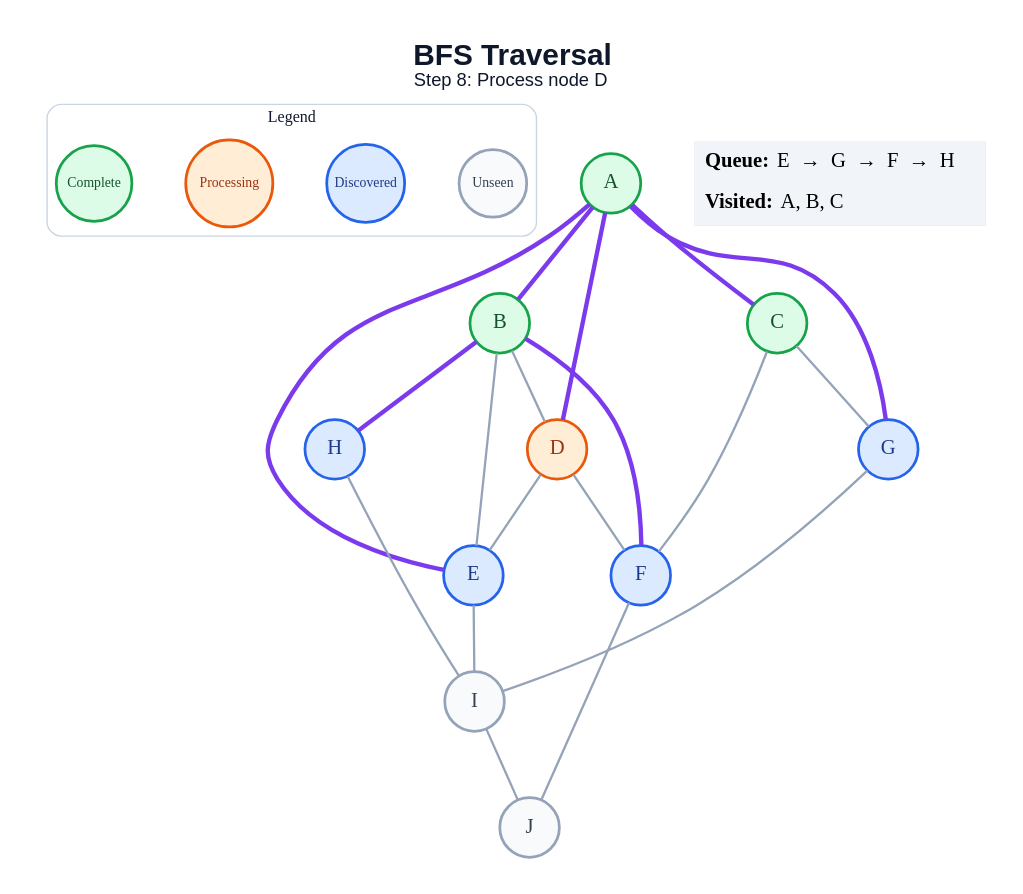
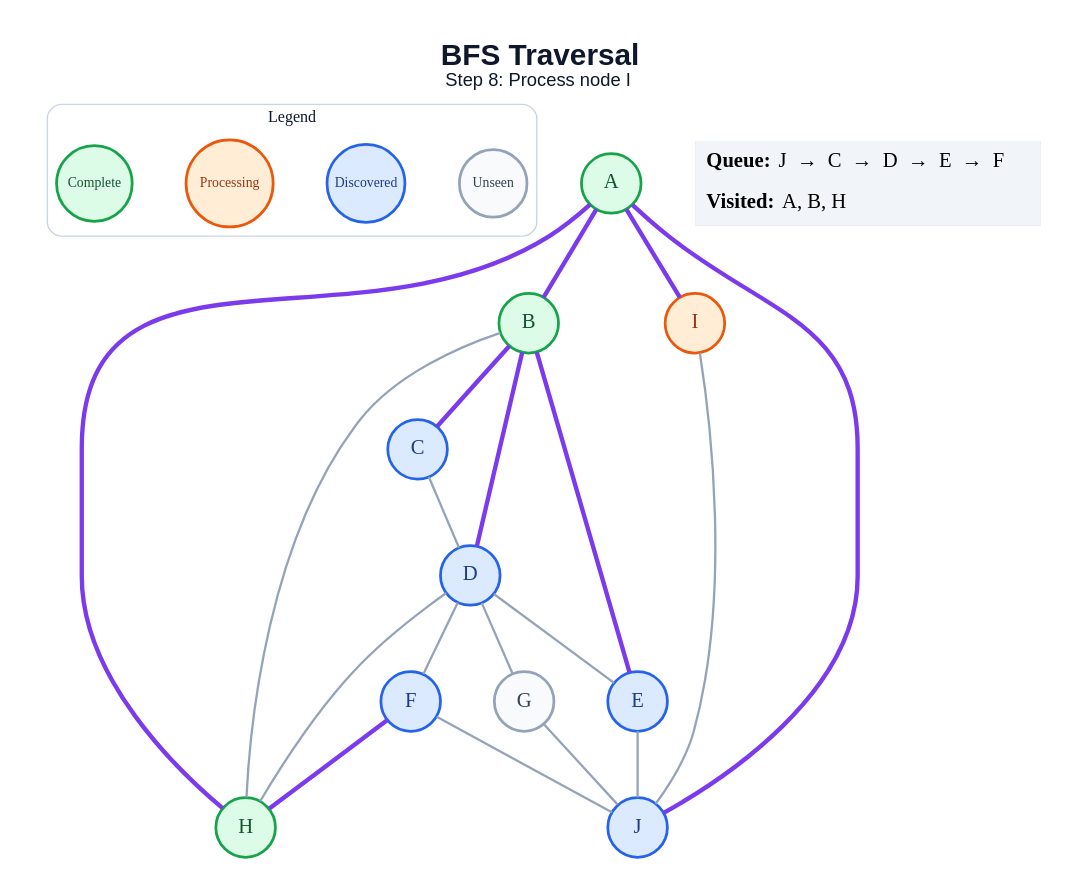
Before and after one commit to anon7238593-create/ai-slop: the diagram in generated/bfs/step_08.dot, drawn with Graphviz. The commit also changed 178 other files, not shown here.

```diff
--- a/generated/bfs/step_08.dot
+++ b/generated/bfs/step_08.dot
@@ -1,47 +1,47 @@
 graph traversal {
   graph [layout=dot, rankdir=TB, bgcolor="#FFFFFF", pad="0.35", nodesep="0.65", ranksep="0.8", fontname="Arial"];
   node [shape=circle, style="filled", fontname="Arial Bold", fontsize=18, width=0.72, fixedsize=true, penwidth=2.4];
   edge [color="#94A3B8", penwidth=2.0];
-  label=<<B>BFS Traversal</B><BR/><FONT POINT-SIZE="16">Step 8: Process node D</FONT>>; labelloc="t"; fontsize=26; fontname="Arial"; fontcolor="#0F172A";
+  label=<<B>BFS Traversal</B><BR/><FONT POINT-SIZE="16">Step 8: Process node I</FONT>>; labelloc="t"; fontsize=26; fontname="Arial"; fontcolor="#0F172A";
   subgraph cluster_legend { label="Legend"; color="#CBD5E1"; penwidth=1.2; style="rounded"; fontsize=14; fontname="Arial Bold";
     key_unseen [label="Unseen", fillcolor="#F8FAFC", color="#94A3B8", fontcolor="#334155", fontsize=12, width=0.82];
     key_frontier [label="Discovered", fillcolor="#DBEAFE", color="#2563EB", fontcolor="#1E3A8A", fontsize=12, width=0.95];
     key_current [label="Processing", fillcolor="#FFEDD5", color="#EA580C", fontcolor="#9A3412", fontsize=12, width=1.05];
     key_done [label="Complete", fillcolor="#DCFCE7", color="#16A34A", fontcolor="#14532D", fontsize=12, width=0.92];
     { rank=same; key_unseen; key_frontier; key_current; key_done; }
   }
   A [fillcolor="#DCFCE7", color="#16A34A", fontcolor="#14532D"];
   B [fillcolor="#DCFCE7", color="#16A34A", fontcolor="#14532D"];
-  C [fillcolor="#DCFCE7", color="#16A34A", fontcolor="#14532D"];
-  D [fillcolor="#FFEDD5", color="#EA580C", fontcolor="#9A3412"];
+  C [fillcolor="#DBEAFE", color="#2563EB", fontcolor="#1E3A8A"];
+  D [fillcolor="#DBEAFE", color="#2563EB", fontcolor="#1E3A8A"];
   E [fillcolor="#DBEAFE", color="#2563EB", fontcolor="#1E3A8A"];
   F [fillcolor="#DBEAFE", color="#2563EB", fontcolor="#1E3A8A"];
-  G [fillcolor="#DBEAFE", color="#2563EB", fontcolor="#1E3A8A"];
-  H [fillcolor="#DBEAFE", color="#2563EB", fontcolor="#1E3A8A"];
-  I [fillcolor="#F8FAFC", color="#94A3B8", fontcolor="#334155"];
-  J [fillcolor="#F8FAFC", color="#94A3B8", fontcolor="#334155"];
+  G [fillcolor="#F8FAFC", color="#94A3B8", fontcolor="#334155"];
+  H [fillcolor="#DCFCE7", color="#16A34A", fontcolor="#14532D"];
+  I [fillcolor="#FFEDD5", color="#EA580C", fontcolor="#9A3412"];
+  J [fillcolor="#DBEAFE", color="#2563EB", fontcolor="#1E3A8A"];
   A -- B [color="#7C3AED", penwidth=3.8];
-  A -- C [color="#7C3AED", penwidth=3.8];
-  A -- D [color="#7C3AED", penwidth=3.8];
-  A -- E [color="#7C3AED", penwidth=3.8];
-  A -- G [color="#7C3AED", penwidth=3.8];
-  B -- D;
-  B -- E;
-  B -- F [color="#7C3AED", penwidth=3.8];
-  B -- H [color="#7C3AED", penwidth=3.8];
-  C -- F;
-  C -- G;
+  A -- H [color="#7C3AED", penwidth=3.8];
+  A -- I [color="#7C3AED", penwidth=3.8];
+  A -- J [color="#7C3AED", penwidth=3.8];
+  B -- C [color="#7C3AED", penwidth=3.8];
+  B -- D [color="#7C3AED", penwidth=3.8];
+  B -- E [color="#7C3AED", penwidth=3.8];
+  B -- H;
+  C -- D;
   D -- E;
   D -- F;
-  E -- I;
+  D -- G;
+  D -- H;
+  E -- J;
+  F -- H [color="#7C3AED", penwidth=3.8];
   F -- J;
-  G -- I;
-  H -- I;
+  G -- J;
   I -- J;
   status [shape=plain, fixedsize=false, width=0, height=0, margin=0, label=<
     <TABLE BORDER="0" CELLBORDER="0" CELLPADDING="7" BGCOLOR="#F1F5F9">
-      <TR><TD ALIGN="LEFT"><B>Queue:</B> E  →  G  →  F  →  H</TD></TR>
-      <TR><TD ALIGN="LEFT"><B>Visited:</B> A, B, C</TD></TR>
+      <TR><TD ALIGN="LEFT"><B>Queue:</B> J  →  C  →  D  →  E  →  F</TD></TR>
+      <TR><TD ALIGN="LEFT"><B>Visited:</B> A, B, H</TD></TR>
     </TABLE>
   >];
 }
```
